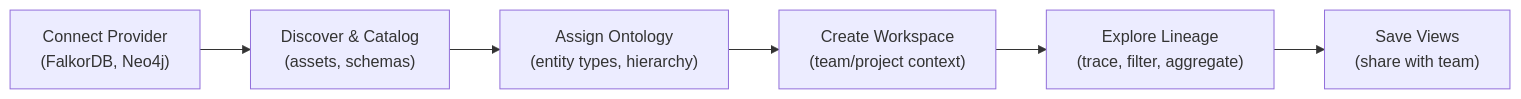
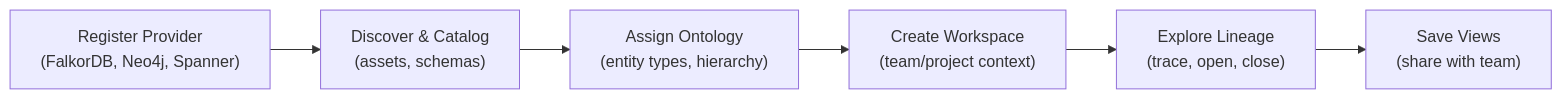
The third of 10 diagrams in docs/OVERVIEW.md (rkrumins/dataviz), drawn with Mermaid before and after one commit. The commit also changed other lines of this file and 9 other files, not shown here.

````diff
--- a/docs/OVERVIEW.md
+++ b/docs/OVERVIEW.md
@@ -165,9 +158,9 @@
 ```mermaid
-graph LR
-    A["Connect Provider<br/>(FalkorDB, Neo4j)"] --> B["Discover & Catalog<br/>(assets, schemas)"]
+flowchart LR
+    A["Register Provider<br/>(FalkorDB, Neo4j, Spanner)"] --> B["Discover & Catalog<br/>(assets, schemas)"]
     B --> C["Assign Ontology<br/>(entity types, hierarchy)"]
     C --> D["Create Workspace<br/>(team/project context)"]
-    D --> E["Explore Lineage<br/>(trace, filter, aggregate)"]
+    D --> E["Explore Lineage<br/>(trace, open, close)"]
     E --> F["Save Views<br/>(share with team)"]
 
 ```
````
